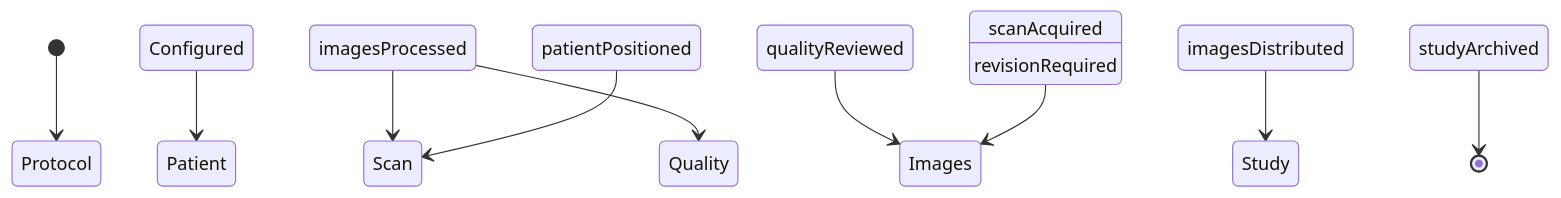
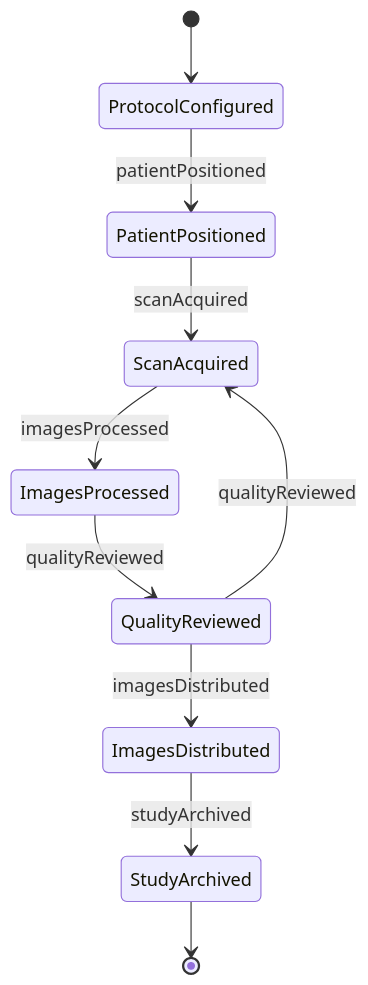
Before and after one commit to dot-org-ai/tasks.org.ai: the second of 4 diagrams in ControllingMachinesAndProcesses/OperateMedicalEquipment/CreateAdvancedDigitalImagesPatients.mdx, drawn with Mermaid. The commit also changed other lines of this file and 515 other files, not shown here.

````diff
--- a/ControllingMachinesAndProcesses/OperateMedicalEquipment/CreateAdvancedDigitalImagesPatients.mdx
+++ b/ControllingMachinesAndProcesses/OperateMedicalEquipment/CreateAdvancedDigitalImagesPatients.mdx
@@ -98,12 +98,12 @@
 ```mermaid
 stateDiagram-v2
-    [*] --> Protocol Configured
-    Protocol Configured --> Patient Positioned : patientPositioned
-    Patient Positioned --> Scan Acquired : scanAcquired
-    Scan Acquired --> Images Processed : imagesProcessed
-    Images Processed --> Quality Reviewed : qualityReviewed
-    Quality Reviewed --> Images Distributed : imagesDistributed
-    Images Distributed --> Study Archived : studyArchived
-    Images Processed --> Scan Acquired : revisionRequired
-    Study Archived --> [*]
+    [*] --> ProtocolConfigured
+    ProtocolConfigured --> PatientPositioned : patientPositioned
+    PatientPositioned --> ScanAcquired : scanAcquired
+    ScanAcquired --> ImagesProcessed : imagesProcessed
+    ImagesProcessed --> QualityReviewed : qualityReviewed
+    QualityReviewed --> ImagesDistributed : imagesDistributed
+    ImagesDistributed --> StudyArchived : studyArchived
+    QualityReviewed --> ScanAcquired : qualityReviewed
+    StudyArchived --> [*]
 ```
````
